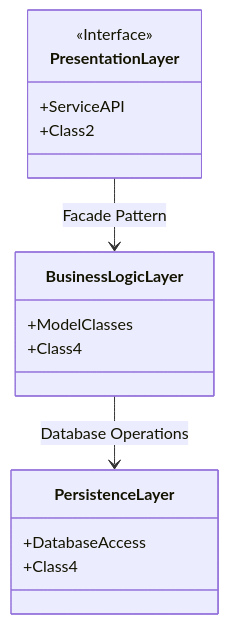
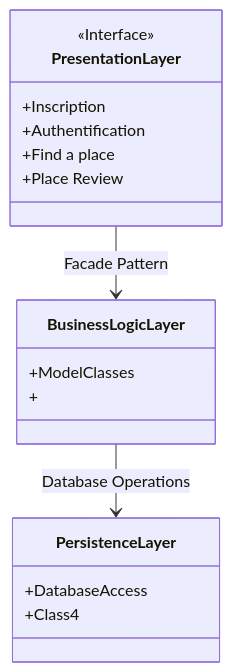
The diagram in part1/README.md (AnneCecile2935/holbertonschool-hbnb), drawn with Mermaid before and after one commit. The commit also changed other lines of this file, not shown here.

````diff
--- a/part1/README.md
+++ b/part1/README.md
@@ -3,18 +3,20 @@
 ```mermaid
 classDiagram
 class PresentationLayer {
     <<Interface>>
-    +ServiceAPI
-    +Class2
+    +Inscription
+	+Authentification
+	+Find a place
+	+Place Review
 }
 class BusinessLogicLayer {
     +ModelClasses
-    +Class4
+    +
 }
 class PersistenceLayer {
     +DatabaseAccess
     +Class4
 }
 PresentationLayer --> BusinessLogicLayer : Facade Pattern
 BusinessLogicLayer --> PersistenceLayer : Database Operations
 ```
````
